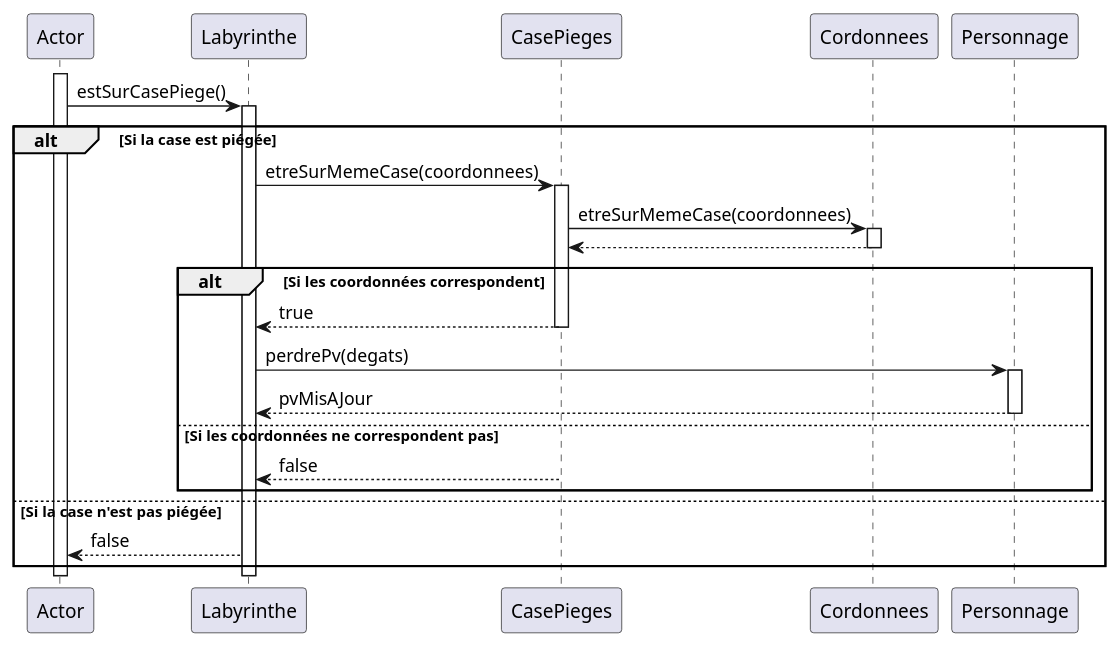
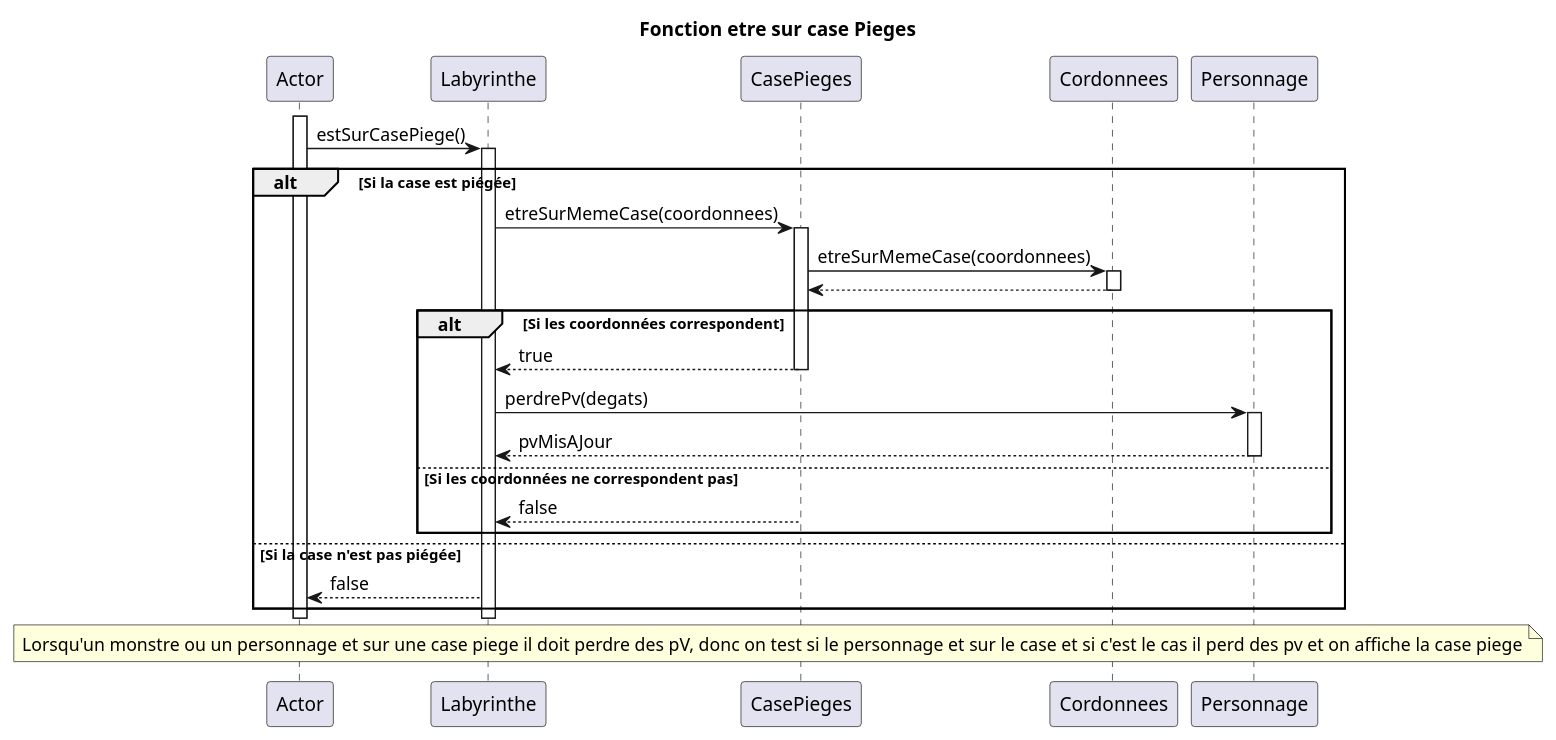
The diagram in zeldiablo/documents/version_3/diagseq_estSurCasePiege.puml (LukaSalvo/SAE2024), drawn with PlantUML before and after one commit. The commit also changed 6 other files, not shown here.

```diff
--- a/zeldiablo/documents/version_3/diagseq_estSurCasePiege.puml
+++ b/zeldiablo/documents/version_3/diagseq_estSurCasePiege.puml
@@ -1,34 +1,37 @@
 @startuml
 participant Actor
 participant Labyrinthe
 participant CasePieges
 participant Cordonnees
 participant Personnage
-
+title : Fonction etre sur case Pieges
 activate Actor
 Actor -> Labyrinthe : estSurCasePiege()
 activate Labyrinthe
 alt Si la case est piégée
     Labyrinthe -> CasePieges : etreSurMemeCase(coordonnees)
     activate CasePieges
     CasePieges -> Cordonnees : etreSurMemeCase(coordonnees)
     activate Cordonnees
     Cordonnees --> CasePieges
     deactivate Cordonnees
     alt Si les coordonnées correspondent
         CasePieges --> Labyrinthe : true
         deactivate CasePieges
         Labyrinthe -> Personnage : perdrePv(degats)
         activate Personnage
         Personnage --> Labyrinthe : pvMisAJour
         deactivate Personnage
     else Si les coordonnées ne correspondent pas
         CasePieges --> Labyrinthe : false
         deactivate CasePieges
     end
 else Si la case n'est pas piégée
     Labyrinthe --> Actor : false
 end
 deactivate Labyrinthe
 deactivate Actor
+note across
+Lorsqu'un monstre ou un personnage et sur une case piege il doit perdre des pV, donc on test si le personnage et sur le case et si c'est le cas il perd des pv et on affiche la case piege
+end note
 @enduml
```
